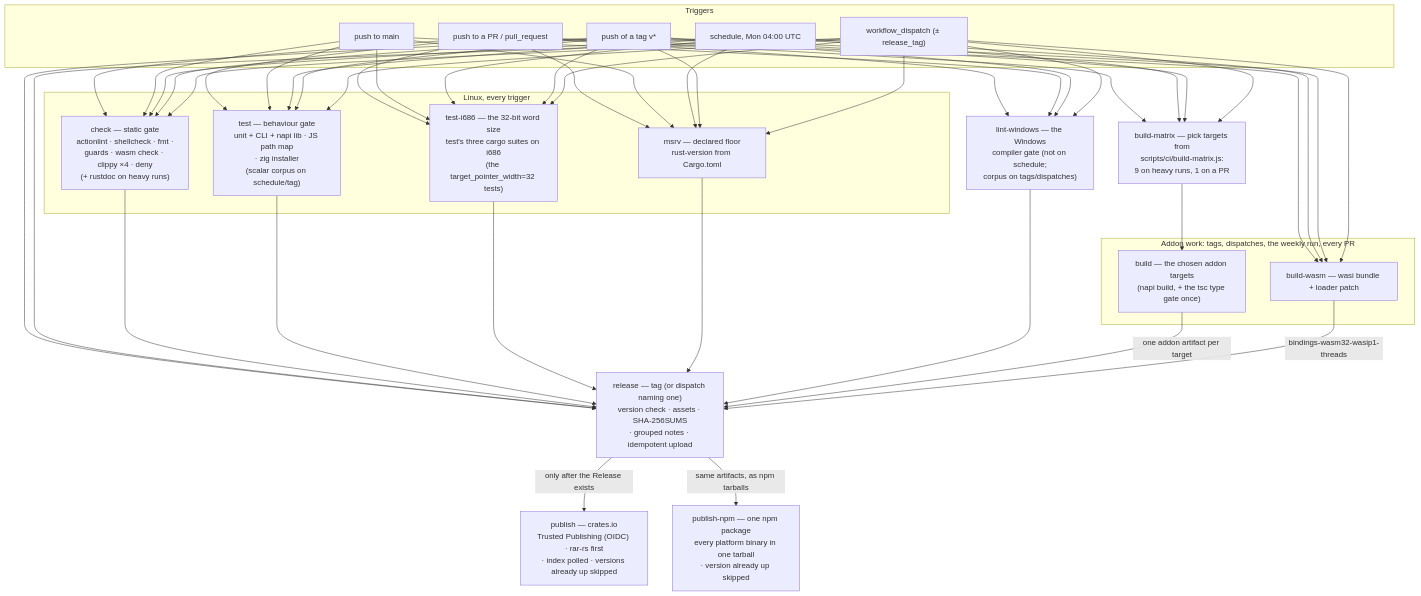
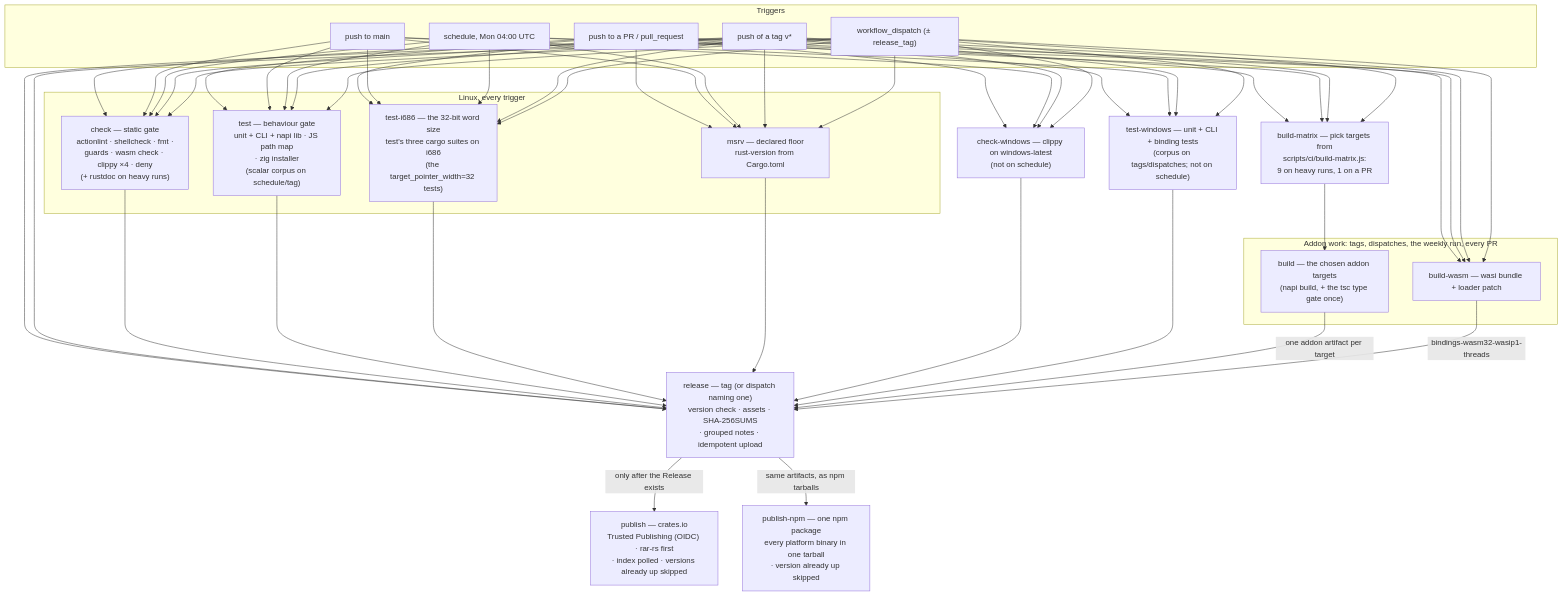
The diagram in docs/ci.md (yjdyamv/rar-rs), drawn with Mermaid before and after one commit. The commit also changed other lines of this file and 6 other files, not shown here.

````diff
--- a/docs/ci.md
+++ b/docs/ci.md
@@ -10,55 +10,57 @@
 ```mermaid
 flowchart TD
   subgraph trig[Triggers]
     pr[push to a PR / pull_request]
     main[push to main]
     tag["push of a tag v*"]
     disp["workflow_dispatch (± release_tag)"]
     cron[schedule, Mon 04:00 UTC]
   end
 
   subgraph linux[Linux, every trigger]
     check["check — static gate<br/>actionlint · shellcheck · fmt ·<br/>guards · wasm check · clippy ×4 · deny<br/>(+ rustdoc on heavy runs)"]
     test["test — behaviour gate<br/>unit + CLI + napi lib · JS path map<br/>· zig installer<br/>(scalar corpus on schedule/tag)"]
     test32["test-i686 — the 32-bit word size<br/>test's three cargo suites on i686<br/>(the target_pointer_width=32 tests)"]
     msrv["msrv — declared floor<br/>rust-version from Cargo.toml"]
   end
 
-  win["lint-windows — the Windows<br/>compiler gate (not on schedule;<br/>corpus on tags/dispatches)"]
+  checkwin["check-windows — clippy on windows-latest<br/>(not on schedule)"]
+  testwin["test-windows — unit + CLI + binding tests<br/>(corpus on tags/dispatches; not on schedule)"]
 
   sel["build-matrix — pick targets from<br/>scripts/ci/build-matrix.js:<br/>9 on heavy runs, 1 on a PR"]
 
   subgraph heavy[Addon work: tags, dispatches, the weekly run, every PR]
     build["build — the chosen addon targets<br/>(napi build, + the tsc type gate once)"]
     wasm["build-wasm — wasi bundle + loader patch"]
   end
 
   rel["release — tag (or dispatch naming one)<br/>version check · assets · SHA-256SUMS<br/>· grouped notes · idempotent upload"]
 
   pub["publish — crates.io<br/>Trusted Publishing (OIDC) · rar-rs first<br/>· index polled · versions already up skipped"]
 
   pubnpm["publish-npm — one npm package<br/>every platform binary in one tarball<br/>· version already up skipped"]
 
-  pr --> check & test & test32 & msrv & win
-  main --> check & test & test32 & msrv & win
+  pr --> check & test & test32 & msrv & checkwin & testwin
+  main --> check & test & test32 & msrv & checkwin & testwin
   cron --> check & test & test32 & msrv
-  tag --> check & test & test32 & msrv & win
-  disp --> check & test & test32 & msrv & win
+  tag --> check & test & test32 & msrv & checkwin & testwin
+  disp --> check & test & test32 & msrv & checkwin & testwin
   pr --> sel & wasm
   cron --> sel & wasm
   tag --> sel & wasm
   disp --> sel & wasm
   sel --> build
   tag --> rel
   disp --> rel
 
   check --> rel
   test --> rel
   test32 --> rel
   msrv --> rel
-  win --> rel
+  checkwin --> rel
+  testwin --> rel
   build -->|"one addon artifact per target"| rel
   wasm -->|"bindings-wasm32-wasip1-threads"| rel
   rel -->|"only after the Release exists"| pub
   rel -->|"same artifacts, as npm tarballs"| pubnpm
 ```
````
